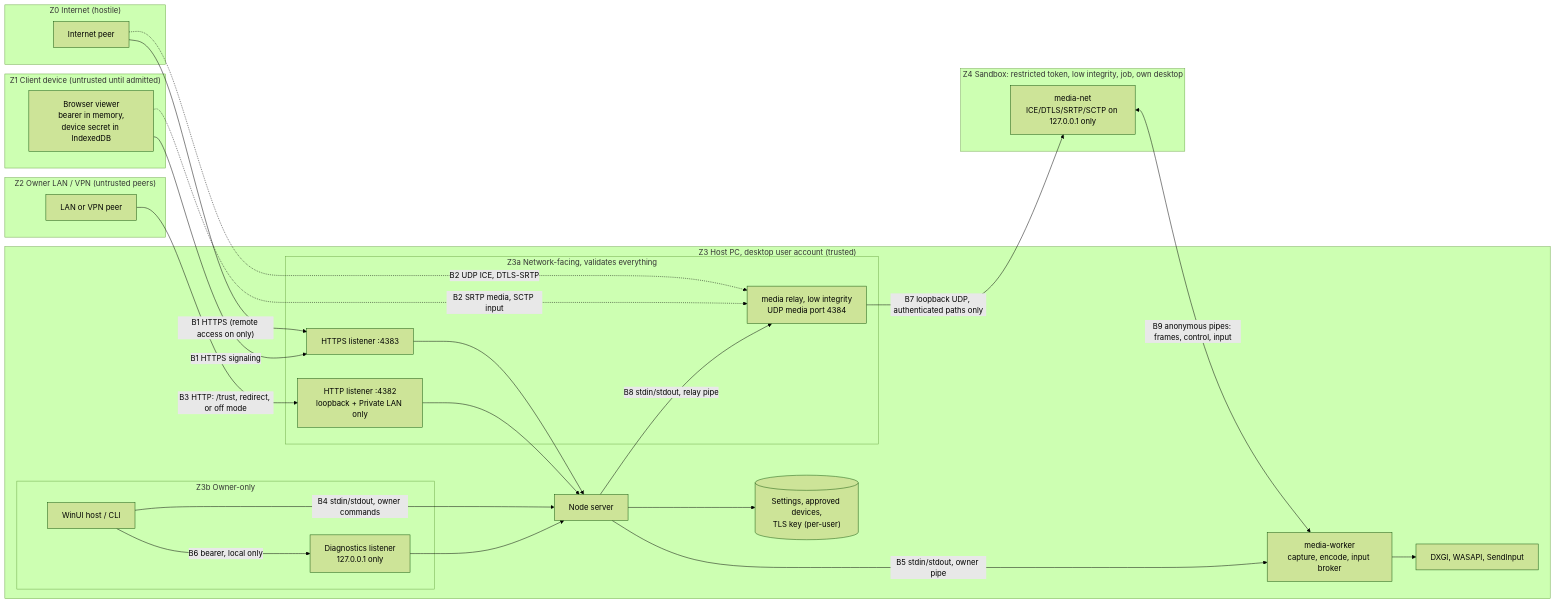
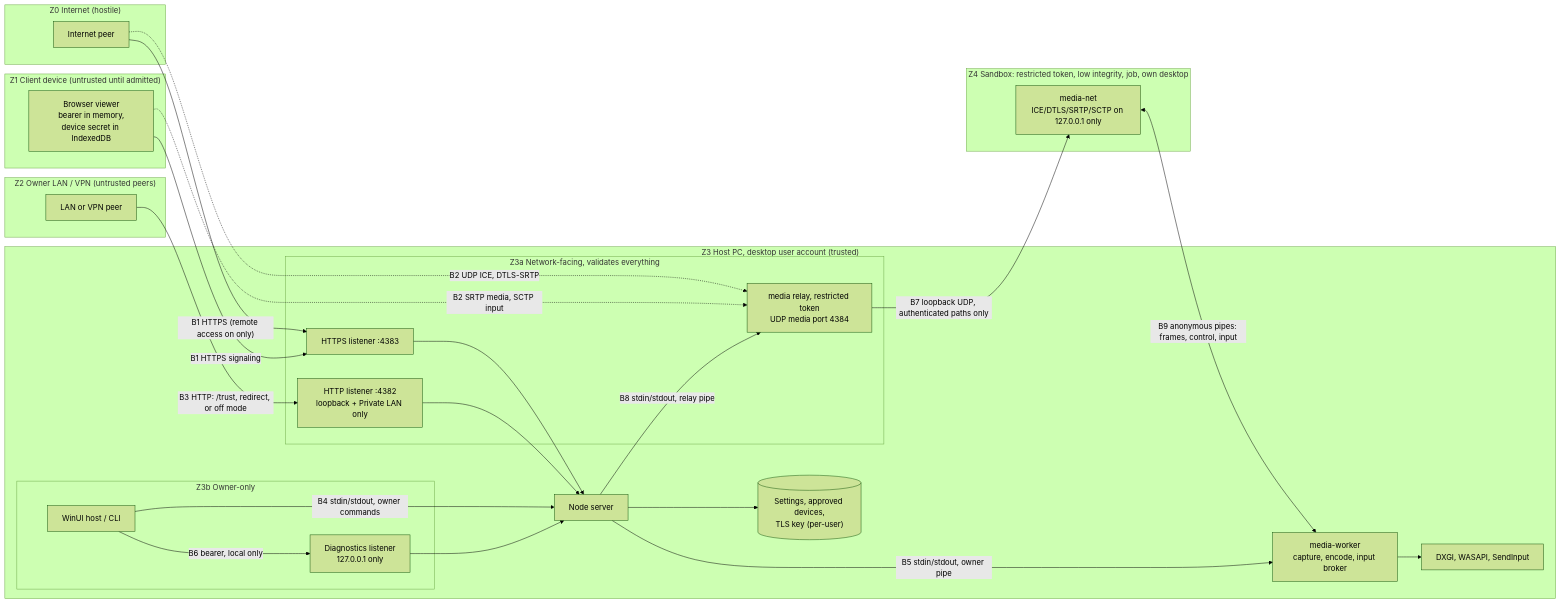
Diagram 16 of 19 in docs/ARCHITECTURE.md (kiforsbe/vidvnc), drawn with Mermaid (forest theme) before and after one commit. The commit also changed other lines of this file and 8 other files, not shown here.

First line of the commit message:
Media relay: restricted token, no file access

````diff
--- a/docs/ARCHITECTURE.md
+++ b/docs/ARCHITECTURE.md
@@ -902,47 +909,47 @@
 ```mermaid
 flowchart LR
     subgraph Z0["Z0 Internet (hostile)"]
         inet["Internet peer"]
     end
     subgraph Z1["Z1 Client device (untrusted until admitted)"]
         browser["Browser viewer<br/>bearer in memory,<br/>device secret in IndexedDB"]
     end
     subgraph Z2["Z2 Owner LAN / VPN (untrusted peers)"]
         lanpeer["LAN or VPN peer"]
     end
     subgraph Z3["Z3 Host PC, desktop user account (trusted)"]
         subgraph Z3a["Z3a Network-facing, validates everything"]
             https["HTTPS listener :4383"]
             http["HTTP listener :4382<br/>loopback + Private LAN only"]
-            relay["media relay, low integrity<br/>UDP media port 4384"]
+            relay["media relay, restricted token<br/>UDP media port 4384"]
         end
         subgraph Z3b["Z3b Owner-only"]
             host["WinUI host / CLI"]
             diag["Diagnostics listener<br/>127.0.0.1 only"]
         end
         server["Node server"]
         worker["media-worker<br/>capture, encode, input broker"]
         store[("Settings, approved devices,<br/>TLS key (per-user)")]
         os["DXGI, WASAPI, SendInput"]
     end
     subgraph Z4["Z4 Sandbox: restricted token, low integrity, job, own desktop"]
         net["media-net<br/>ICE/DTLS/SRTP/SCTP on 127.0.0.1 only"]
     end
 
     inet -->|"B1 HTTPS (remote access on only)"| https
     inet -.->|"B2 UDP ICE, DTLS-SRTP"| relay
     browser -->|"B1 HTTPS signaling"| https
     lanpeer -->|"B3 HTTP: /trust, redirect, or off mode"| http
     browser -.->|"B2 SRTP media, SCTP input"| relay
     https --> server
     http --> server
     relay -->|"B7 loopback UDP, authenticated paths only"| net
     net <-->|"B9 anonymous pipes: frames, control, input"| worker
     host -->|"B4 stdin/stdout, owner commands"| server
     server -->|"B5 stdin/stdout, owner pipe"| worker
     server -->|"B8 stdin/stdout, relay pipe"| relay
     host -->|"B6 bearer, local only"| diag
     diag --> server
     server --> store
     worker --> os
 ```
````
